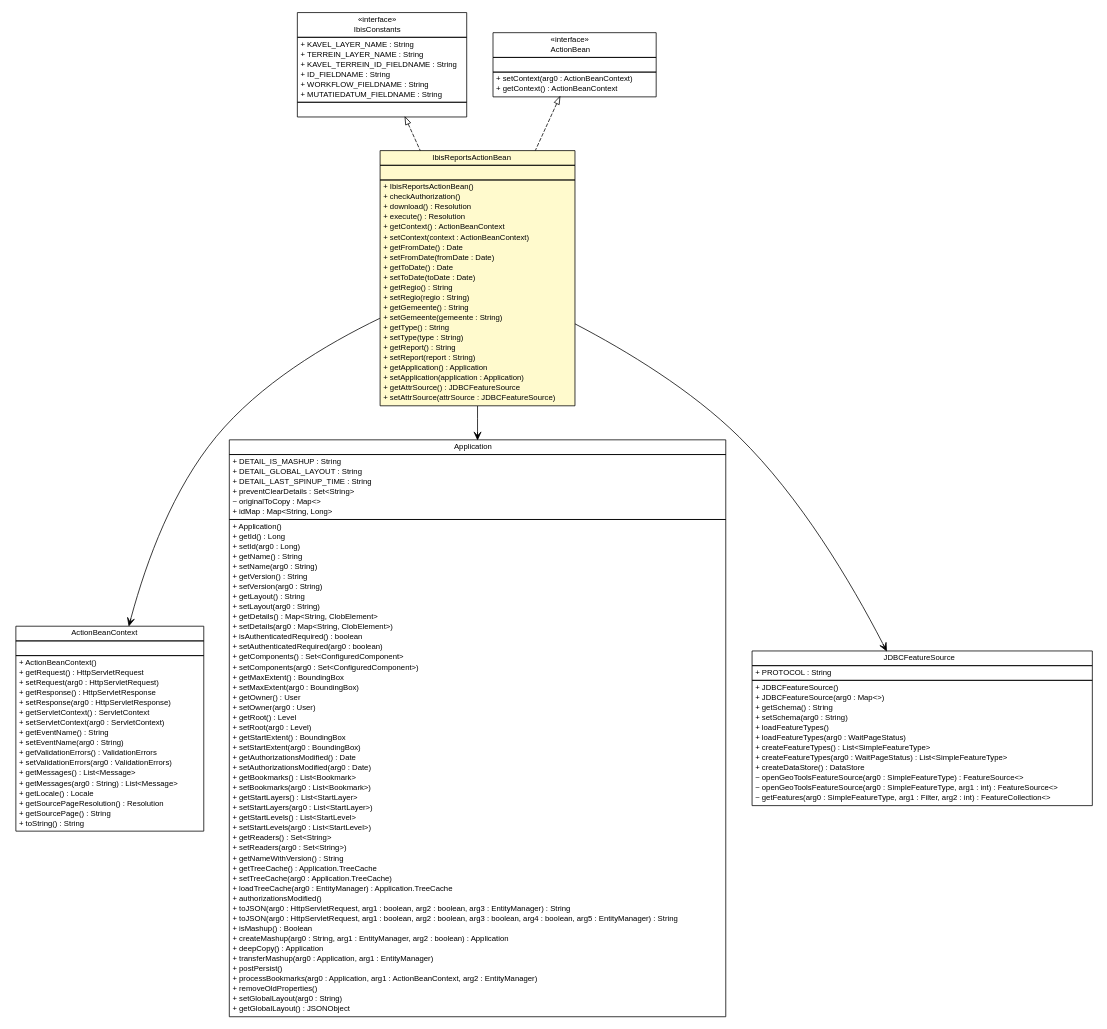
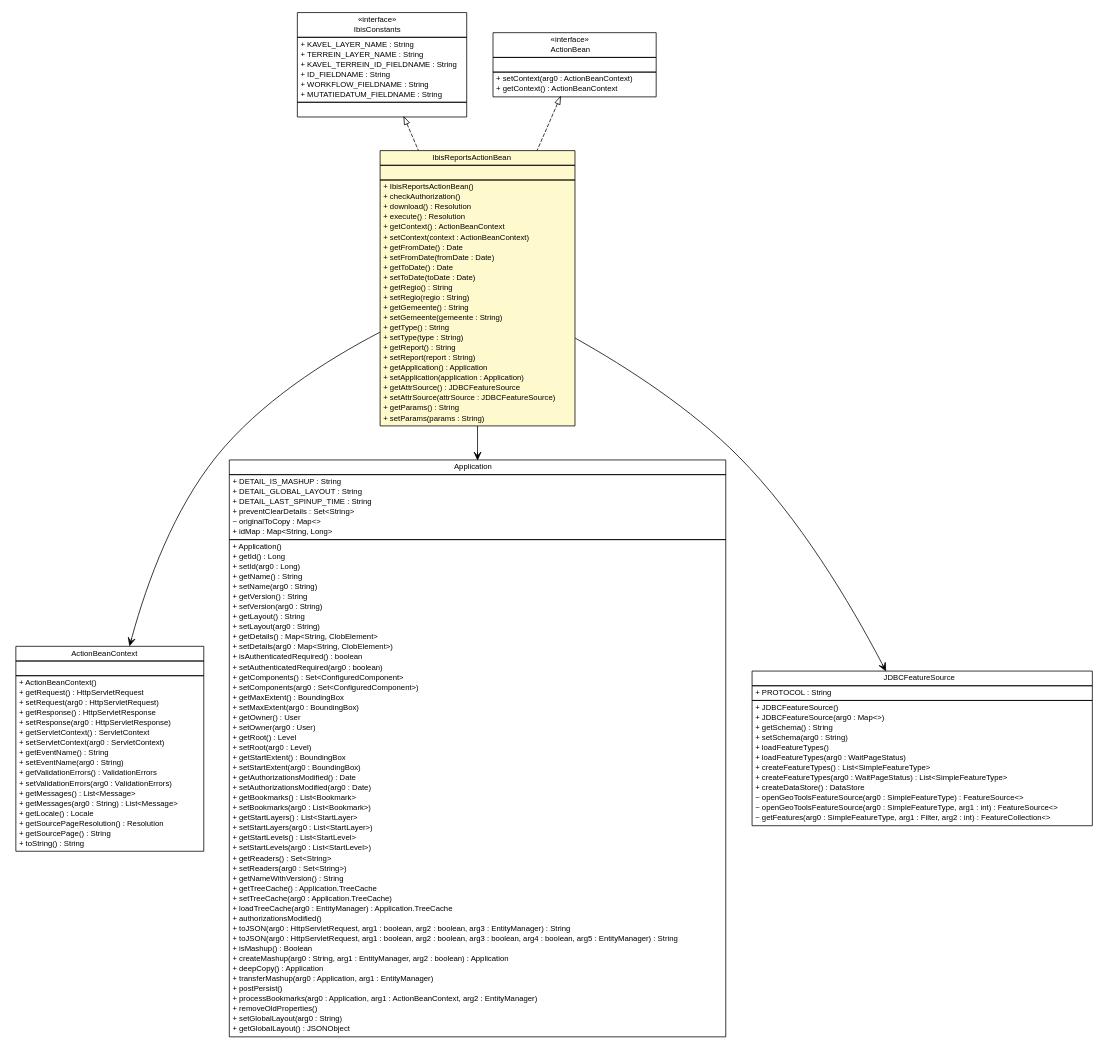
One commit to B3Partners/flamingo-ibis changed the diagram in ibis-viewer/apidocs/nl/b3p/viewer/stripes/IbisReportsActionBean.dot. Above: the diagram before and after it, drawn with Graphviz. The commit also changed 100 other files, not shown here.

```diff
--- a/ibis-viewer/apidocs/nl/b3p/viewer/stripes/IbisReportsActionBean.dot
+++ b/ibis-viewer/apidocs/nl/b3p/viewer/stripes/IbisReportsActionBean.dot
@@ -58,6 +58,8 @@
 <tr><td align="left" balign="left"> + setApplication(application : Application) </td></tr>
 <tr><td align="left" balign="left"> + getAttrSource() : JDBCFeatureSource </td></tr>
 <tr><td align="left" balign="left"> + setAttrSource(attrSource : JDBCFeatureSource) </td></tr>
+<tr><td align="left" balign="left"> + getParams() : String </td></tr>
+<tr><td align="left" balign="left"> + setParams(params : String) </td></tr>
 		</table></td></tr>
 		</table>>, URL="./IbisReportsActionBean.html", fontname="Helvetica", fontcolor="black", fontsize=10.0];
 	//nl.b3p.viewer.stripes.IbisReportsActionBean implements net.sourceforge.stripes.action.ActionBean
```
